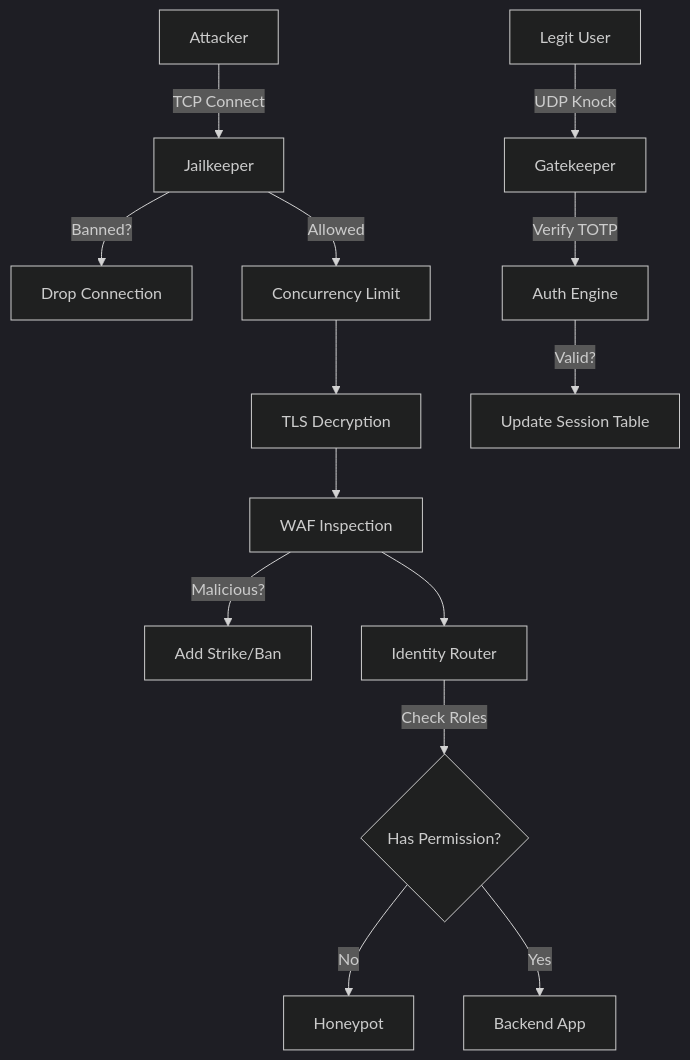
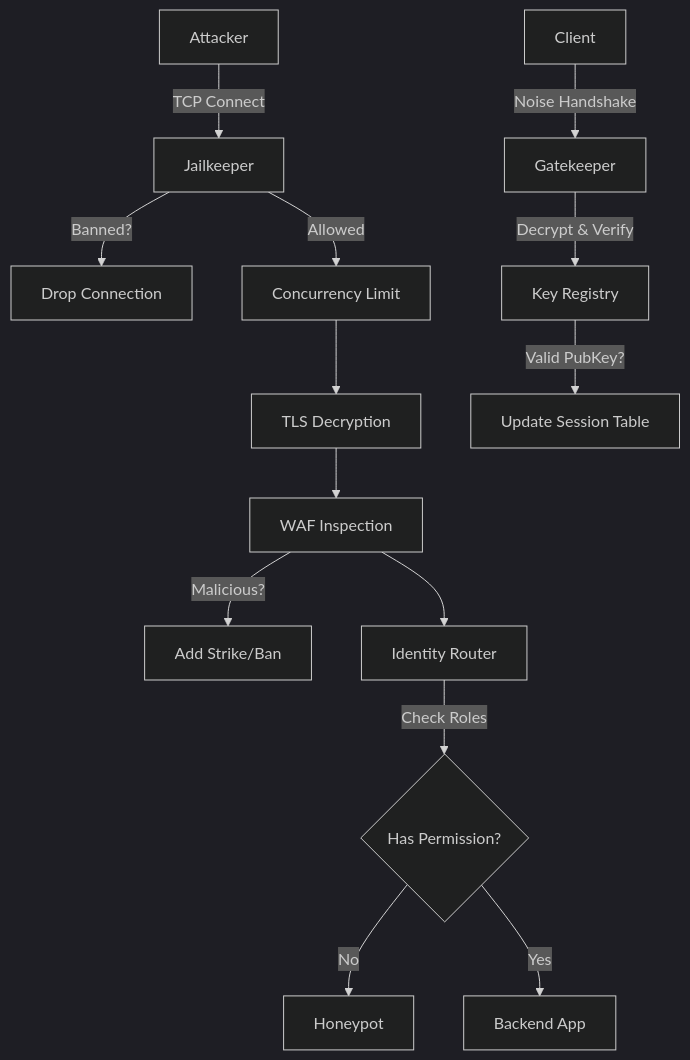
One commit to PeteMadCoder/GhostPort changed the diagram in README.md. Above: the diagram before and after it, drawn with Mermaid (dark theme). The commit also changed other lines of this file and 10 other files, not shown here.

````diff
--- a/README.md
+++ b/README.md
@@ -21,21 +19,20 @@
 ```mermaid
 graph TD
     Attacker[Attacker] -->|TCP Connect| Jail[Jailkeeper]
     Jail -->|Banned?| Drop[Drop Connection]
     
-    User[Legit User] -->|UDP Knock| Gate[Gatekeeper]
-    Gate -->|Verify TOTP| Auth[Auth Engine]
-    Auth -->|Valid?| Whitelist[Update Session Table]
+    Client[Client] -->|Noise Handshake| Gate[Gatekeeper]
+    Gate -->|Decrypt & Verify| Auth[Key Registry]
+    Auth -->|Valid PubKey?| Whitelist[Update Session Table]
     
     Jail -->|Allowed| Semaphore[Concurrency Limit]
     Semaphore --> TLS[TLS Decryption]
     TLS --> WAF[WAF Inspection]
     WAF -->|Malicious?| Strike[Add Strike/Ban]
     
     WAF --> Router[Identity Router]
     Router -->|Check Roles| RBAC{Has Permission?}
     
     RBAC -->|No| Honeypot[Honeypot]
     RBAC -->|Yes| Backend[Backend App]
-
 ```
````
